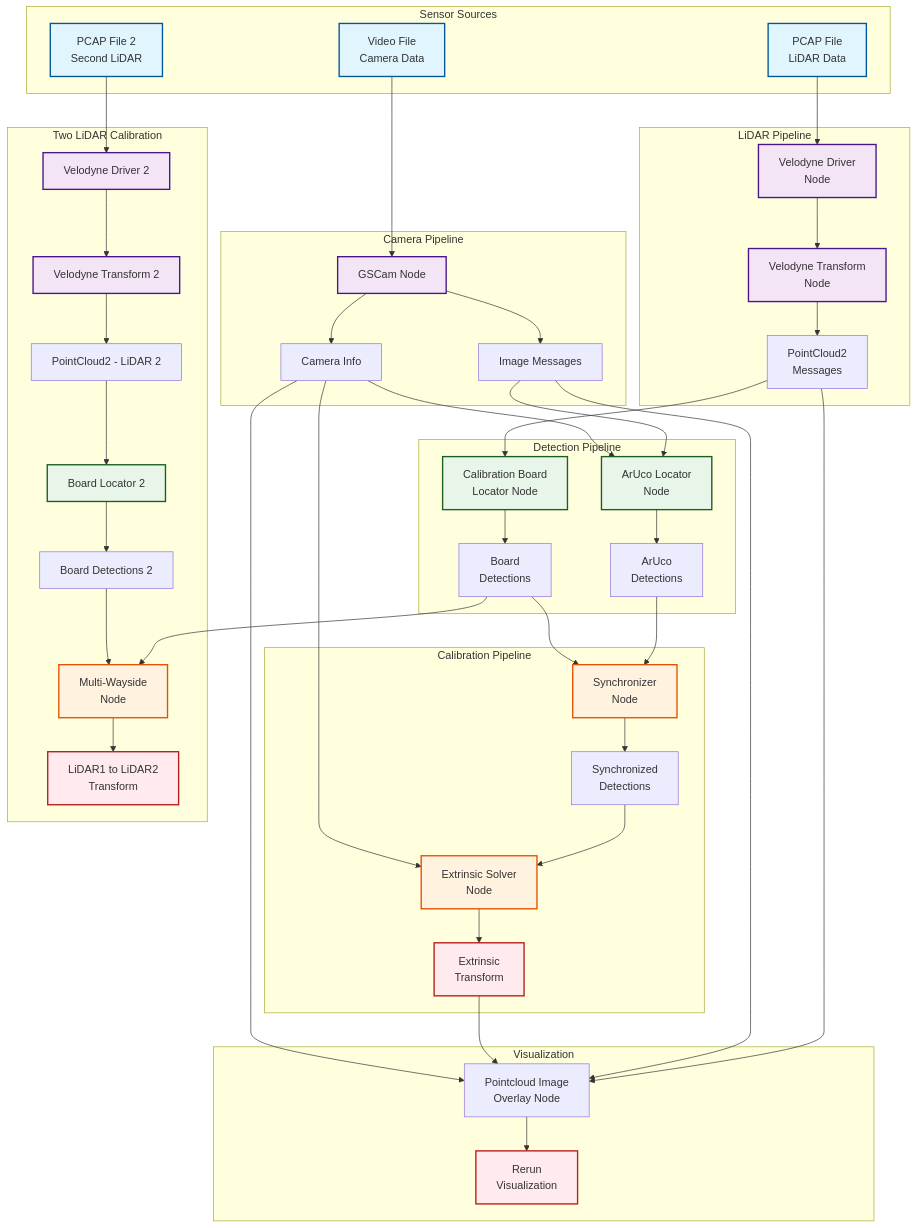
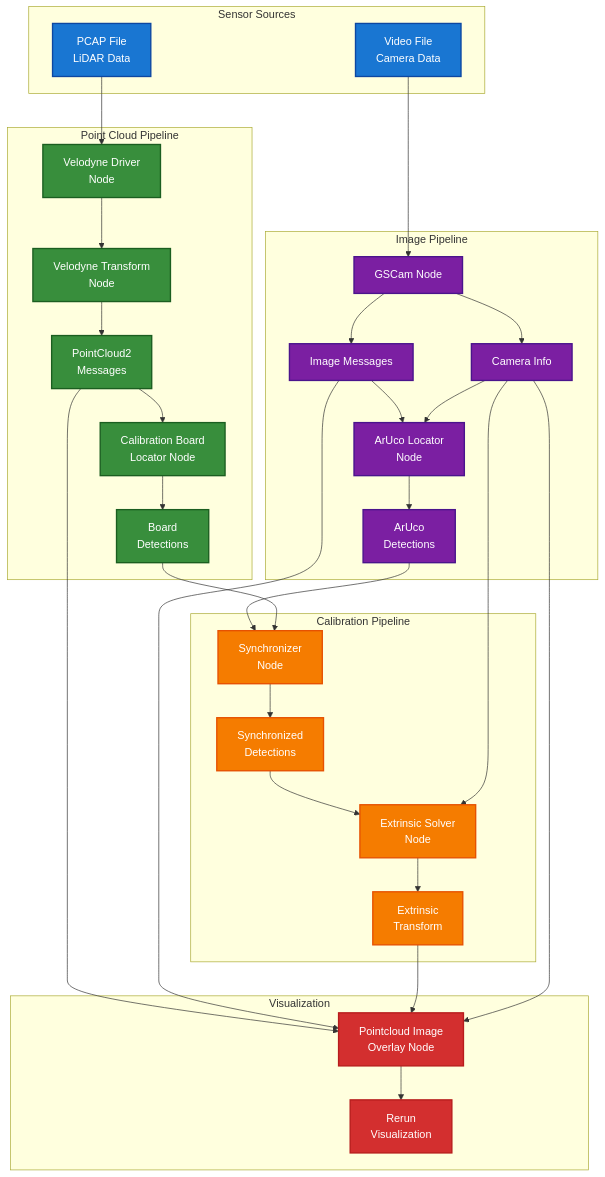
The first of 2 diagrams in README.md (NEWSLabNTU/LCTK), drawn with Mermaid before and after one commit. The commit also changed other lines of this file, not shown here.

Commit message:
Update dataflow charts in README.

````diff
--- a/README.md
+++ b/README.md
@@ -21,96 +23,75 @@
     subgraph "Sensor Sources"
         PCAP[PCAP File<br/>LiDAR Data]
         VIDEO[Video File<br/>Camera Data]
-        PCAP2[PCAP File 2<br/>Second LiDAR]
     end
 
-    %% LiDAR Processing Pipeline
-    subgraph "LiDAR Pipeline"
+    %% Point Cloud Pipeline
+    subgraph "Point Cloud Pipeline"
         VD[Velodyne Driver<br/>Node]
         VT[Velodyne Transform<br/>Node]
         PC[PointCloud2<br/>Messages]
+        BOARD[Calibration Board<br/>Locator Node]
+        BD[Board<br/>Detections]
         
         PCAP --> VD
         VD --> VT
         VT --> PC
+        PC --> BOARD
+        BOARD --> BD
     end
 
-    %% Camera Processing Pipeline
-    subgraph "Camera Pipeline"
+    %% Image Pipeline
+    subgraph "Image Pipeline"
         GSCAM[GSCam Node]
         IMG[Image Messages]
         INFO[Camera Info]
+        ARUCO[ArUco Locator<br/>Node]
+        AD[ArUco<br/>Detections]
         
         VIDEO --> GSCAM
         GSCAM --> IMG
         GSCAM --> INFO
-    end
-
-    %% Detection Pipeline
-    subgraph "Detection Pipeline"
-        ARUCO[ArUco Locator<br/>Node]
-        BOARD[Calibration Board<br/>Locator Node]
-        
         IMG --> ARUCO
         INFO --> ARUCO
-        PC --> BOARD
-        
-        ARUCO --> AD[ArUco<br/>Detections]
-        BOARD --> BD[Board<br/>Detections]
+        ARUCO --> AD
     end
 
     %% Calibration Pipeline
     subgraph "Calibration Pipeline"
         SYNC[Synchronizer<br/>Node]
         SOLVER[Extrinsic Solver<br/>Node]
+        TF[Extrinsic<br/>Transform]
         
         AD --> SYNC
         BD --> SYNC
         SYNC --> SD[Synchronized<br/>Detections]
-        
         SD --> SOLVER
         INFO --> SOLVER
-        SOLVER --> TF[Extrinsic<br/>Transform]
+        SOLVER --> TF
     end
 
     %% Visualization
     subgraph "Visualization"
         VIZ[Pointcloud Image<br/>Overlay Node]
+        RERUN[Rerun<br/>Visualization]
         
         PC --> VIZ
         IMG --> VIZ
         TF --> VIZ
         INFO --> VIZ
-        
-        VIZ --> RERUN[Rerun<br/>Visualization]
-    end
-
-    %% Two LiDAR Calibration Branch
-    subgraph "Two LiDAR Calibration"
-        BOARD2[Board Locator 2]
-        MW[Multi-Wayside<br/>Node]
-        
-        PCAP2 --> VD2[Velodyne Driver 2]
-        VD2 --> VT2[Velodyne Transform 2]
-        VT2 --> PC2[PointCloud2 - LiDAR 2]
-        PC2 --> BOARD2
-        
-        BD --> MW
-        BOARD2 --> BD2[Board Detections 2]
-        BD2 --> MW
-        MW --> TF2[LiDAR1 to LiDAR2<br/>Transform]
+        VIZ --> RERUN
     end
 
     %% Styling
-    classDef sensor fill:#e1f5fe,stroke:#01579b,stroke-width:2px
-    classDef processing fill:#f3e5f5,stroke:#4a148c,stroke-width:2px
-    classDef detection fill:#e8f5e9,stroke:#1b5e20,stroke-width:2px
-    classDef calibration fill:#fff3e0,stroke:#e65100,stroke-width:2px
-    classDef output fill:#ffebee,stroke:#b71c1c,stroke-width:2px
+    classDef sensor fill:#1976d2,stroke:#0d47a1,stroke-width:2px,color:#fff
+    classDef pointcloud fill:#388e3c,stroke:#1b5e20,stroke-width:2px,color:#fff
+    classDef image fill:#7b1fa2,stroke:#4a148c,stroke-width:2px,color:#fff
+    classDef calibration fill:#f57c00,stroke:#e65100,stroke-width:2px,color:#fff
+    classDef output fill:#d32f2f,stroke:#b71c1c,stroke-width:2px,color:#fff
     
-    class PCAP,VIDEO,PCAP2 sensor
-    class VD,VT,GSCAM,VD2,VT2 processing
-    class ARUCO,BOARD,BOARD2 detection
-    class SYNC,SOLVER,MW calibration
-    class TF,TF2,RERUN output
+    class PCAP,VIDEO sensor
+    class VD,VT,PC,BOARD,BD pointcloud
+    class GSCAM,IMG,INFO,ARUCO,AD image
+    class SYNC,SOLVER,SD,TF calibration
+    class VIZ,RERUN output
 ```
````
